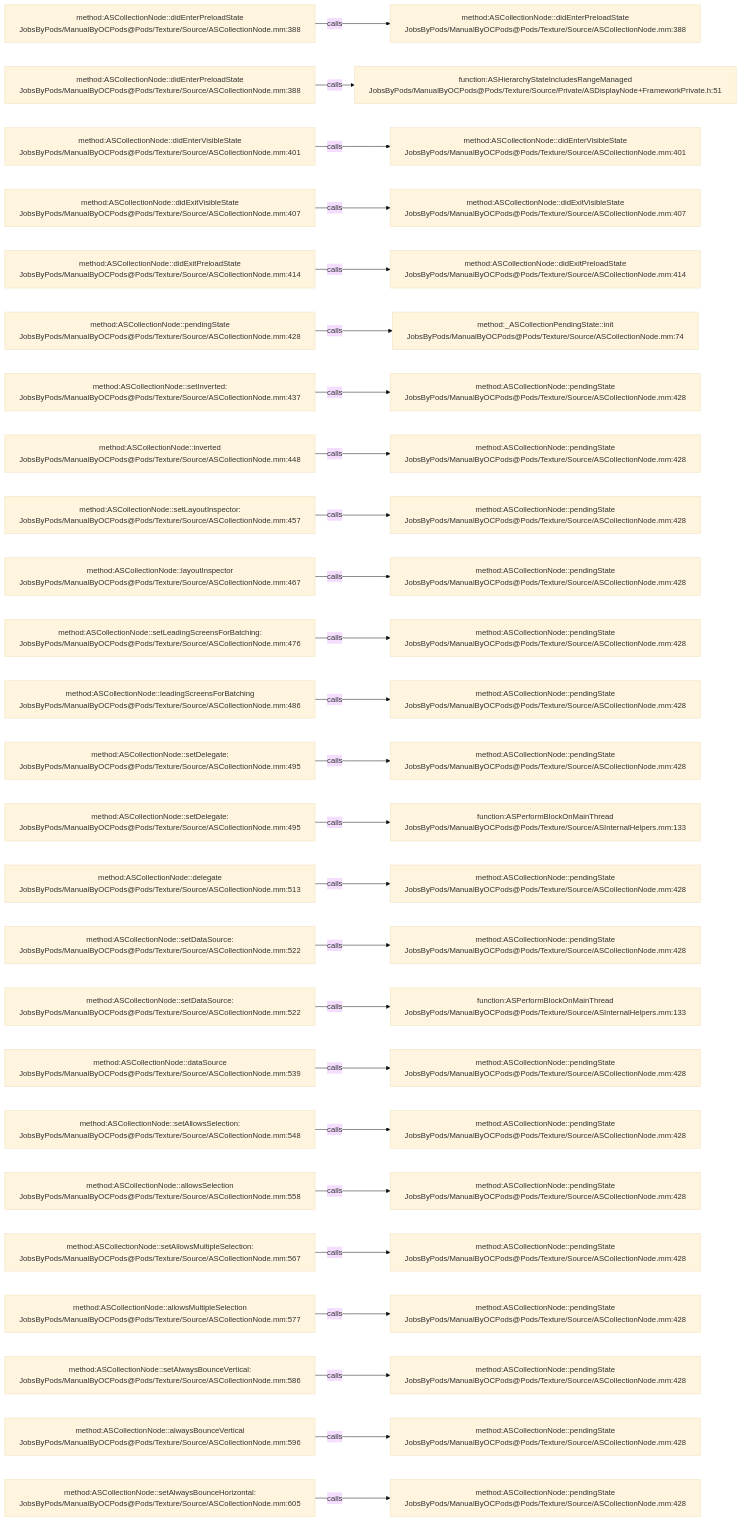
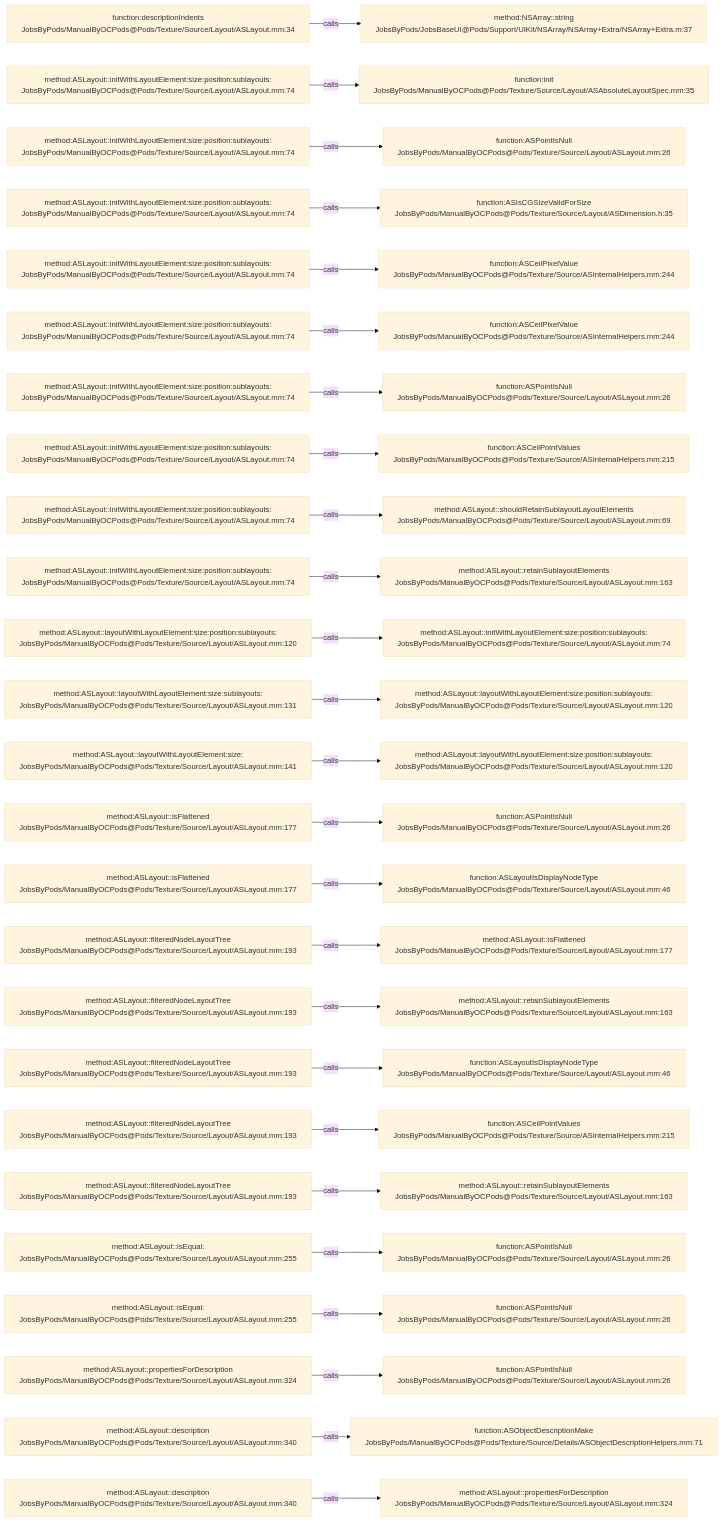
Before and after one commit to JobsKits/JobsOCBaseConfigDemo: the diagram in .codegraph/codegraph.md/graphs/calls-186.md, drawn with Mermaid (base theme). The commit also changed 2162 other files, not shown here.

````diff
--- a/.codegraph/codegraph.md/graphs/calls-186.md
+++ b/.codegraph/codegraph.md/graphs/calls-186.md
@@ -13,78 +13,78 @@
 ```mermaid
 flowchart LR
-  S1["method:ASCollectionNode::didEnterPreloadState<br/>JobsByPods/ManualByOCPods@Pods/Texture/Source/ASCollectionNode.mm:388"]
-  T1["method:ASCollectionNode::didEnterPreloadState<br/>JobsByPods/ManualByOCPods@Pods/Texture/Source/ASCollectionNode.mm:388"]
+  S1["function:descriptionIndents<br/>JobsByPods/ManualByOCPods@Pods/Texture/Source/Layout/ASLayout.mm:34"]
+  T1["method:NSArray::string<br/>JobsByPods/JobsBaseUI@Pods/Support/UIKit/NSArray/NSArray+Extra/NSArray+Extra.m:37"]
   S1 -->|calls| T1
-  S2["method:ASCollectionNode::didEnterPreloadState<br/>JobsByPods/ManualByOCPods@Pods/Texture/Source/ASCollectionNode.mm:388"]
-  T2["function:ASHierarchyStateIncludesRangeManaged<br/>JobsByPods/ManualByOCPods@Pods/Texture/Source/Private/ASDisplayNode+FrameworkPrivate.h:51"]
+  S2["method:ASLayout::initWithLayoutElement:size:position:sublayouts:<br/>JobsByPods/ManualByOCPods@Pods/Texture/Source/Layout/ASLayout.mm:74"]
+  T2["function:init<br/>JobsByPods/ManualByOCPods@Pods/Texture/Source/Layout/ASAbsoluteLayoutSpec.mm:35"]
   S2 -->|calls| T2
-  S3["method:ASCollectionNode::didEnterVisibleState<br/>JobsByPods/ManualByOCPods@Pods/Texture/Source/ASCollectionNode.mm:401"]
-  T3["method:ASCollectionNode::didEnterVisibleState<br/>JobsByPods/ManualByOCPods@Pods/Texture/Source/ASCollectionNode.mm:401"]
+  S3["method:ASLayout::initWithLayoutElement:size:position:sublayouts:<br/>JobsByPods/ManualByOCPods@Pods/Texture/Source/Layout/ASLayout.mm:74"]
+  T3["function:ASPointIsNull<br/>JobsByPods/ManualByOCPods@Pods/Texture/Source/Layout/ASLayout.mm:26"]
   S3 -->|calls| T3
-  S4["method:ASCollectionNode::didExitVisibleState<br/>JobsByPods/ManualByOCPods@Pods/Texture/Source/ASCollectionNode.mm:407"]
-  T4["method:ASCollectionNode::didExitVisibleState<br/>JobsByPods/ManualByOCPods@Pods/Texture/Source/ASCollectionNode.mm:407"]
+  S4["method:ASLayout::initWithLayoutElement:size:position:sublayouts:<br/>JobsByPods/ManualByOCPods@Pods/Texture/Source/Layout/ASLayout.mm:74"]
+  T4["function:ASIsCGSizeValidForSize<br/>JobsByPods/ManualByOCPods@Pods/Texture/Source/Layout/ASDimension.h:35"]
   S4 -->|calls| T4
-  S5["method:ASCollectionNode::didExitPreloadState<br/>JobsByPods/ManualByOCPods@Pods/Texture/Source/ASCollectionNode.mm:414"]
-  T5["method:ASCollectionNode::didExitPreloadState<br/>JobsByPods/ManualByOCPods@Pods/Texture/Source/ASCollectionNode.mm:414"]
+  S5["method:ASLayout::initWithLayoutElement:size:position:sublayouts:<br/>JobsByPods/ManualByOCPods@Pods/Texture/Source/Layout/ASLayout.mm:74"]
+  T5["function:ASCeilPixelValue<br/>JobsByPods/ManualByOCPods@Pods/Texture/Source/ASInternalHelpers.mm:244"]
   S5 -->|calls| T5
-  S6["method:ASCollectionNode::pendingState<br/>JobsByPods/ManualByOCPods@Pods/Texture/Source/ASCollectionNode.mm:428"]
-  T6["method:_ASCollectionPendingState::init<br/>JobsByPods/ManualByOCPods@Pods/Texture/Source/ASCollectionNode.mm:74"]
+  S6["method:ASLayout::initWithLayoutElement:size:position:sublayouts:<br/>JobsByPods/ManualByOCPods@Pods/Texture/Source/Layout/ASLayout.mm:74"]
+  T6["function:ASCeilPixelValue<br/>JobsByPods/ManualByOCPods@Pods/Texture/Source/ASInternalHelpers.mm:244"]
   S6 -->|calls| T6
-  S7["method:ASCollectionNode::setInverted:<br/>JobsByPods/ManualByOCPods@Pods/Texture/Source/ASCollectionNode.mm:437"]
-  T7["method:ASCollectionNode::pendingState<br/>JobsByPods/ManualByOCPods@Pods/Texture/Source/ASCollectionNode.mm:428"]
+  S7["method:ASLayout::initWithLayoutElement:size:position:sublayouts:<br/>JobsByPods/ManualByOCPods@Pods/Texture/Source/Layout/ASLayout.mm:74"]
+  T7["function:ASPointIsNull<br/>JobsByPods/ManualByOCPods@Pods/Texture/Source/Layout/ASLayout.mm:26"]
   S7 -->|calls| T7
-  S8["method:ASCollectionNode::inverted<br/>JobsByPods/ManualByOCPods@Pods/Texture/Source/ASCollectionNode.mm:448"]
-  T8["method:ASCollectionNode::pendingState<br/>JobsByPods/ManualByOCPods@Pods/Texture/Source/ASCollectionNode.mm:428"]
+  S8["method:ASLayout::initWithLayoutElement:size:position:sublayouts:<br/>JobsByPods/ManualByOCPods@Pods/Texture/Source/Layout/ASLayout.mm:74"]
+  T8["function:ASCeilPointValues<br/>JobsByPods/ManualByOCPods@Pods/Texture/Source/ASInternalHelpers.mm:215"]
   S8 -->|calls| T8
-  S9["method:ASCollectionNode::setLayoutInspector:<br/>JobsByPods/ManualByOCPods@Pods/Texture/Source/ASCollectionNode.mm:457"]
-  T9["method:ASCollectionNode::pendingState<br/>JobsByPods/ManualByOCPods@Pods/Texture/Source/ASCollectionNode.mm:428"]
+  S9["method:ASLayout::initWithLayoutElement:size:position:sublayouts:<br/>JobsByPods/ManualByOCPods@Pods/Texture/Source/Layout/ASLayout.mm:74"]
+  T9["method:ASLayout::shouldRetainSublayoutLayoutElements<br/>JobsByPods/ManualByOCPods@Pods/Texture/Source/Layout/ASLayout.mm:69"]
   S9 -->|calls| T9
-  S10["method:ASCollectionNode::layoutInspector<br/>JobsByPods/ManualByOCPods@Pods/Texture/Source/ASCollectionNode.mm:467"]
-  T10["method:ASCollectionNode::pendingState<br/>JobsByPods/ManualByOCPods@Pods/Texture/Source/ASCollectionNode.mm:428"]
+  S10["method:ASLayout::initWithLayoutElement:size:position:sublayouts:<br/>JobsByPods/ManualByOCPods@Pods/Texture/Source/Layout/ASLayout.mm:74"]
+  T10["method:ASLayout::retainSublayoutElements<br/>JobsByPods/ManualByOCPods@Pods/Texture/Source/Layout/ASLayout.mm:163"]
   S10 -->|calls| T10
-  S11["method:ASCollectionNode::setLeadingScreensForBatching:<br/>JobsByPods/ManualByOCPods@Pods/Texture/Source/ASCollectionNode.mm:476"]
-  T11["method:ASCollectionNode::pendingState<br/>JobsByPods/ManualByOCPods@Pods/Texture/Source/ASCollectionNode.mm:428"]
+  S11["method:ASLayout::layoutWithLayoutElement:size:position:sublayouts:<br/>JobsByPods/ManualByOCPods@Pods/Texture/Source/Layout/ASLayout.mm:120"]
+  T11["method:ASLayout::initWithLayoutElement:size:position:sublayouts:<br/>JobsByPods/ManualByOCPods@Pods/Texture/Source/Layout/ASLayout.mm:74"]
   S11 -->|calls| T11
-  S12["method:ASCollectionNode::leadingScreensForBatching<br/>JobsByPods/ManualByOCPods@Pods/Texture/Source/ASCollectionNode.mm:486"]
-  T12["method:ASCollectionNode::pendingState<br/>JobsByPods/ManualByOCPods@Pods/Texture/Source/ASCollectionNode.mm:428"]
+  S12["method:ASLayout::layoutWithLayoutElement:size:sublayouts:<br/>JobsByPods/ManualByOCPods@Pods/Texture/Source/Layout/ASLayout.mm:131"]
+  T12["method:ASLayout::layoutWithLayoutElement:size:position:sublayouts:<br/>JobsByPods/ManualByOCPods@Pods/Texture/Source/Layout/ASLayout.mm:120"]
   S12 -->|calls| T12
-  S13["method:ASCollectionNode::setDelegate:<br/>JobsByPods/ManualByOCPods@Pods/Texture/Source/ASCollectionNode.mm:495"]
-  T13["method:ASCollectionNode::pendingState<br/>JobsByPods/ManualByOCPods@Pods/Texture/Source/ASCollectionNode.mm:428"]
+  S13["method:ASLayout::layoutWithLayoutElement:size:<br/>JobsByPods/ManualByOCPods@Pods/Texture/Source/Layout/ASLayout.mm:141"]
+  T13["method:ASLayout::layoutWithLayoutElement:size:position:sublayouts:<br/>JobsByPods/ManualByOCPods@Pods/Texture/Source/Layout/ASLayout.mm:120"]
   S13 -->|calls| T13
-  S14["method:ASCollectionNode::setDelegate:<br/>JobsByPods/ManualByOCPods@Pods/Texture/Source/ASCollectionNode.mm:495"]
-  T14["function:ASPerformBlockOnMainThread<br/>JobsByPods/ManualByOCPods@Pods/Texture/Source/ASInternalHelpers.mm:133"]
+  S14["method:ASLayout::isFlattened<br/>JobsByPods/ManualByOCPods@Pods/Texture/Source/Layout/ASLayout.mm:177"]
+  T14["function:ASPointIsNull<br/>JobsByPods/ManualByOCPods@Pods/Texture/Source/Layout/ASLayout.mm:26"]
   S14 -->|calls| T14
-  S15["method:ASCollectionNode::delegate<br/>JobsByPods/ManualByOCPods@Pods/Texture/Source/ASCollectionNode.mm:513"]
-  T15["method:ASCollectionNode::pendingState<br/>JobsByPods/ManualByOCPods@Pods/Texture/Source/ASCollectionNode.mm:428"]
+  S15["method:ASLayout::isFlattened<br/>JobsByPods/ManualByOCPods@Pods/Texture/Source/Layout/ASLayout.mm:177"]
+  T15["function:ASLayoutIsDisplayNodeType<br/>JobsByPods/ManualByOCPods@Pods/Texture/Source/Layout/ASLayout.mm:46"]
   S15 -->|calls| T15
-  S16["method:ASCollectionNode::setDataSource:<br/>JobsByPods/ManualByOCPods@Pods/Texture/Source/ASCollectionNode.mm:522"]
-  T16["method:ASCollectionNode::pendingState<br/>JobsByPods/ManualByOCPods@Pods/Texture/Source/ASCollectionNode.mm:428"]
+  S16["method:ASLayout::filteredNodeLayoutTree<br/>JobsByPods/ManualByOCPods@Pods/Texture/Source/Layout/ASLayout.mm:193"]
+  T16["method:ASLayout::isFlattened<br/>JobsByPods/ManualByOCPods@Pods/Texture/Source/Layout/ASLayout.mm:177"]
   S16 -->|calls| T16
-  S17["method:ASCollectionNode::setDataSource:<br/>JobsByPods/ManualByOCPods@Pods/Texture/Source/ASCollectionNode.mm:522"]
-  T17["function:ASPerformBlockOnMainThread<br/>JobsByPods/ManualByOCPods@Pods/Texture/Source/ASInternalHelpers.mm:133"]
+  S17["method:ASLayout::filteredNodeLayoutTree<br/>JobsByPods/ManualByOCPods@Pods/Texture/Source/Layout/ASLayout.mm:193"]
+  T17["method:ASLayout::retainSublayoutElements<br/>JobsByPods/ManualByOCPods@Pods/Texture/Source/Layout/ASLayout.mm:163"]
   S17 -->|calls| T17
-  S18["method:ASCollectionNode::dataSource<br/>JobsByPods/ManualByOCPods@Pods/Texture/Source/ASCollectionNode.mm:539"]
-  T18["method:ASCollectionNode::pendingState<br/>JobsByPods/ManualByOCPods@Pods/Texture/Source/ASCollectionNode.mm:428"]
+  S18["method:ASLayout::filteredNodeLayoutTree<br/>JobsByPods/ManualByOCPods@Pods/Texture/Source/Layout/ASLayout.mm:193"]
+  T18["function:ASLayoutIsDisplayNodeType<br/>JobsByPods/ManualByOCPods@Pods/Texture/Source/Layout/ASLayout.mm:46"]
   S18 -->|calls| T18
-  S19["method:ASCollectionNode::setAllowsSelection:<br/>JobsByPods/ManualByOCPods@Pods/Texture/Source/ASCollectionNode.mm:548"]
-  T19["method:ASCollectionNode::pendingState<br/>JobsByPods/ManualByOCPods@Pods/Texture/Source/ASCollectionNode.mm:428"]
+  S19["method:ASLayout::filteredNodeLayoutTree<br/>JobsByPods/ManualByOCPods@Pods/Texture/Source/Layout/ASLayout.mm:193"]
+  T19["function:ASCeilPointValues<br/>JobsByPods/ManualByOCPods@Pods/Texture/Source/ASInternalHelpers.mm:215"]
   S19 -->|calls| T19
-  S20["method:ASCollectionNode::allowsSelection<br/>JobsByPods/ManualByOCPods@Pods/Texture/Source/ASCollectionNode.mm:558"]
-  T20["method:ASCollectionNode::pendingState<br/>JobsByPods/ManualByOCPods@Pods/Texture/Source/ASCollectionNode.mm:428"]
+  S20["method:ASLayout::filteredNodeLayoutTree<br/>JobsByPods/ManualByOCPods@Pods/Texture/Source/Layout/ASLayout.mm:193"]
+  T20["method:ASLayout::retainSublayoutElements<br/>JobsByPods/ManualByOCPods@Pods/Texture/Source/Layout/ASLayout.mm:163"]
   S20 -->|calls| T20
-  S21["method:ASCollectionNode::setAllowsMultipleSelection:<br/>JobsByPods/ManualByOCPods@Pods/Texture/Source/ASCollectionNode.mm:567"]
-  T21["method:ASCollectionNode::pendingState<br/>JobsByPods/ManualByOCPods@Pods/Texture/Source/ASCollectionNode.mm:428"]
+  S21["method:ASLayout::isEqual:<br/>JobsByPods/ManualByOCPods@Pods/Texture/Source/Layout/ASLayout.mm:255"]
+  T21["function:ASPointIsNull<br/>JobsByPods/ManualByOCPods@Pods/Texture/Source/Layout/ASLayout.mm:26"]
   S21 -->|calls| T21
-  S22["method:ASCollectionNode::allowsMultipleSelection<br/>JobsByPods/ManualByOCPods@Pods/Texture/Source/ASCollectionNode.mm:577"]
-  T22["method:ASCollectionNode::pendingState<br/>JobsByPods/ManualByOCPods@Pods/Texture/Source/ASCollectionNode.mm:428"]
+  S22["method:ASLayout::isEqual:<br/>JobsByPods/ManualByOCPods@Pods/Texture/Source/Layout/ASLayout.mm:255"]
+  T22["function:ASPointIsNull<br/>JobsByPods/ManualByOCPods@Pods/Texture/Source/Layout/ASLayout.mm:26"]
   S22 -->|calls| T22
-  S23["method:ASCollectionNode::setAlwaysBounceVertical:<br/>JobsByPods/ManualByOCPods@Pods/Texture/Source/ASCollectionNode.mm:586"]
-  T23["method:ASCollectionNode::pendingState<br/>JobsByPods/ManualByOCPods@Pods/Texture/Source/ASCollectionNode.mm:428"]
+  S23["method:ASLayout::propertiesForDescription<br/>JobsByPods/ManualByOCPods@Pods/Texture/Source/Layout/ASLayout.mm:324"]
+  T23["function:ASPointIsNull<br/>JobsByPods/ManualByOCPods@Pods/Texture/Source/Layout/ASLayout.mm:26"]
   S23 -->|calls| T23
-  S24["method:ASCollectionNode::alwaysBounceVertical<br/>JobsByPods/ManualByOCPods@Pods/Texture/Source/ASCollectionNode.mm:596"]
-  T24["method:ASCollectionNode::pendingState<br/>JobsByPods/ManualByOCPods@Pods/Texture/Source/ASCollectionNode.mm:428"]
+  S24["method:ASLayout::description<br/>JobsByPods/ManualByOCPods@Pods/Texture/Source/Layout/ASLayout.mm:340"]
+  T24["function:ASObjectDescriptionMake<br/>JobsByPods/ManualByOCPods@Pods/Texture/Source/Details/ASObjectDescriptionHelpers.mm:71"]
   S24 -->|calls| T24
-  S25["method:ASCollectionNode::setAlwaysBounceHorizontal:<br/>JobsByPods/ManualByOCPods@Pods/Texture/Source/ASCollectionNode.mm:605"]
-  T25["method:ASCollectionNode::pendingState<br/>JobsByPods/ManualByOCPods@Pods/Texture/Source/ASCollectionNode.mm:428"]
+  S25["method:ASLayout::description<br/>JobsByPods/ManualByOCPods@Pods/Texture/Source/Layout/ASLayout.mm:340"]
+  T25["method:ASLayout::propertiesForDescription<br/>JobsByPods/ManualByOCPods@Pods/Texture/Source/Layout/ASLayout.mm:324"]
   S25 -->|calls| T25
 ```
````
